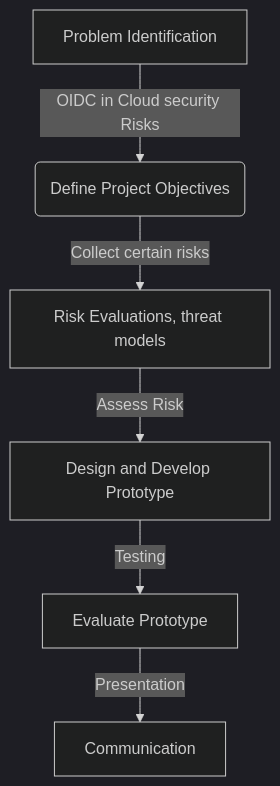
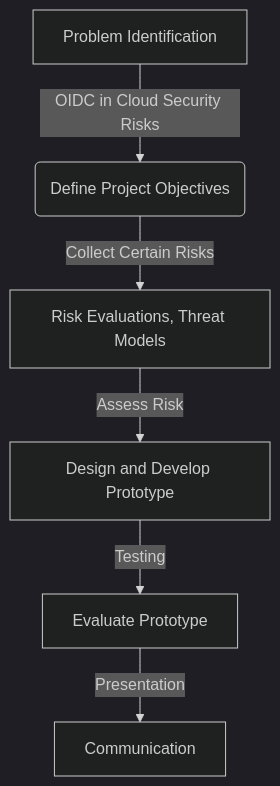
Before and after one commit to prannoymulmi/Msc-Thesis--OIDC: the diagram in mermaid_files/research_method.md, drawn with Mermaid (dark theme). The commit also changed 4 other files, not shown here.

Commit message:
Changed mermaid files

````diff
--- a/mermaid_files/research_method.md
+++ b/mermaid_files/research_method.md
@@ -1,8 +1,8 @@
 ```mermaid
 flowchart TD
-A[Problem Identification] -->|OIDC in Cloud security Risks| C(Define Project Objectives)
-C -->|Collect certain risks| D[Risk Evaluations, threat models]
+A[Problem Identification] -->|OIDC in Cloud Security Risks| C(Define Project Objectives)
+C -->|Collect Certain Risks| D[Risk Evaluations, Threat Models]
 D -->|Assess Risk| E[Design and Develop Prototype]
 E -->|Testing| F[Evaluate Prototype]
 F -->|Presentation| G[Communication]
 ```
````
